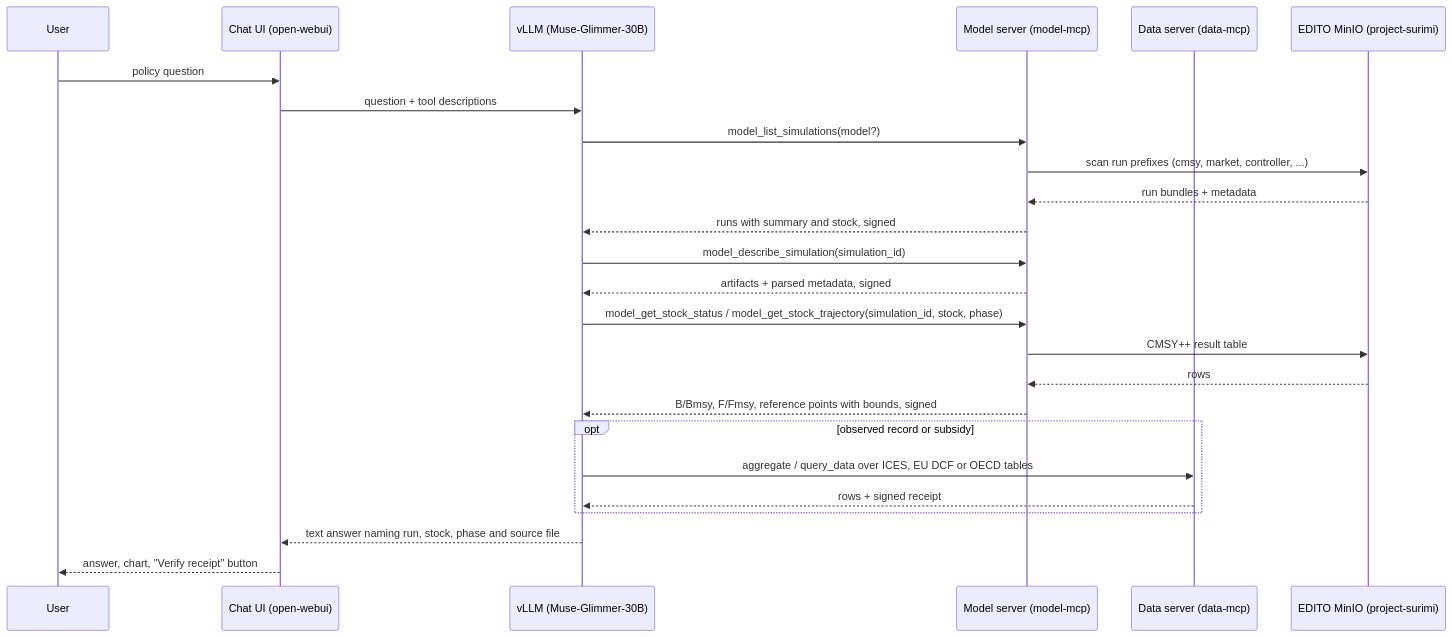
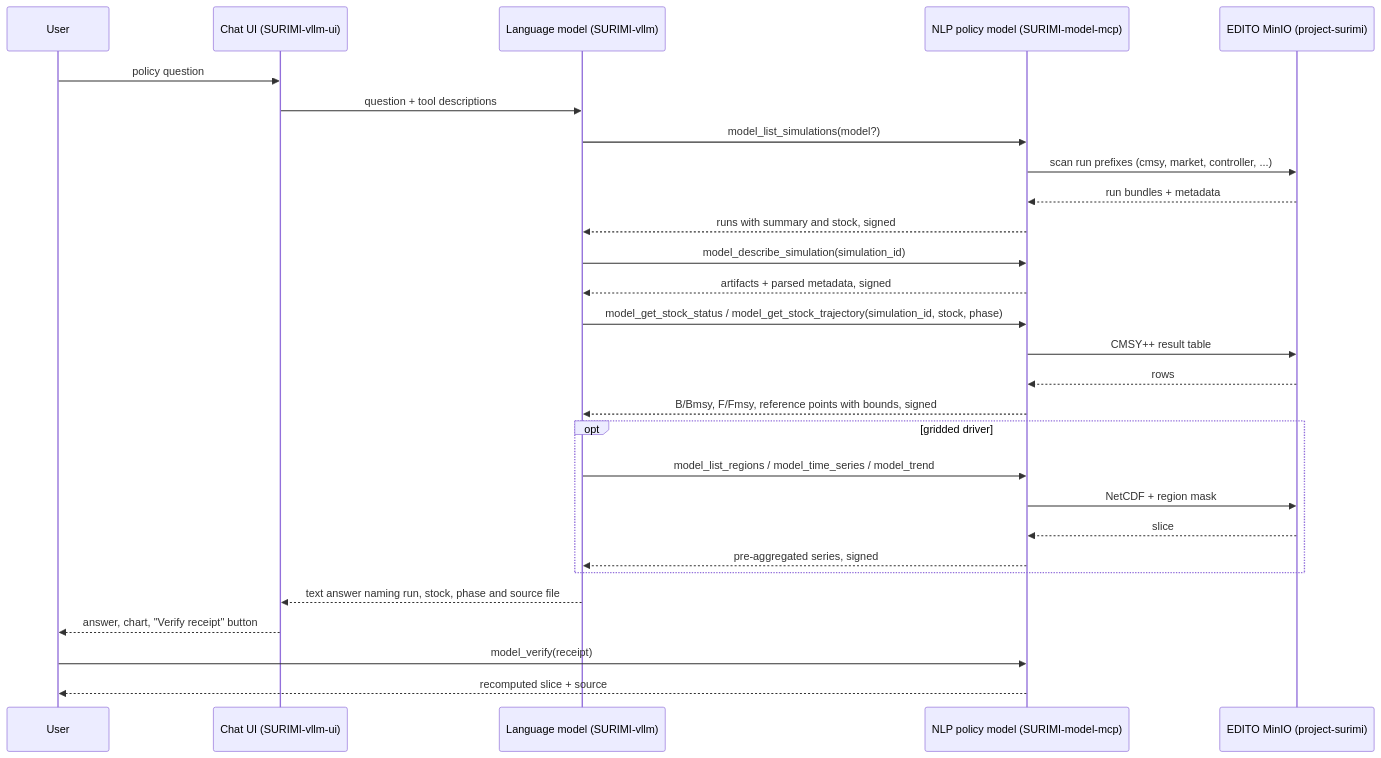
Before and after one commit to SURIMI-Project/SURIMI-project: the diagram in deliverables/D3.9 - NLP policy model/D3.9 - NLP policy model.md, drawn with Mermaid. The commit also changed other lines of this file and 1 other file, not shown here.

Commit message:
D3.7 and D3.9: purpose from the Grant Agreement; D3.7 = data server, D3.9 = model server

````diff
--- a/deliverables/D3.9 - NLP policy model/D3.9 - NLP policy model.md
+++ b/deliverables/D3.9 - NLP policy model/D3.9 - NLP policy model.md
@@ -52,28 +56,31 @@
 ```mermaid
 sequenceDiagram
     participant User as User
-    participant UI as Chat UI (open-webui)
-    participant LLM as vLLM (Muse-Glimmer-30B)
-    participant MODEL as Model server (model-mcp)
-    participant DATA as Data server (data-mcp)
+    participant UI as Chat UI (SURIMI-vllm-ui)
+    participant LLM as Language model (SURIMI-vllm)
+    participant MODEL as NLP policy model (SURIMI-model-mcp)
     participant S3 as EDITO MinIO (project-surimi)
 
     User ->> UI: policy question
     UI ->> LLM: question + tool descriptions
     LLM ->> MODEL: model_list_simulations(model?)
     MODEL ->> S3: scan run prefixes (cmsy, market, controller, ...)
     S3 -->> MODEL: run bundles + metadata
     MODEL -->> LLM: runs with summary and stock, signed
     LLM ->> MODEL: model_describe_simulation(simulation_id)
     MODEL -->> LLM: artifacts + parsed metadata, signed
     LLM ->> MODEL: model_get_stock_status / model_get_stock_trajectory(simulation_id, stock, phase)
     MODEL ->> S3: CMSY++ result table
     S3 -->> MODEL: rows
     MODEL -->> LLM: B/Bmsy, F/Fmsy, reference points with bounds, signed
-    opt observed record or subsidy
-        LLM ->> DATA: aggregate / query_data over ICES, EU DCF or OECD tables
-        DATA -->> LLM: rows + signed receipt
+    opt gridded driver
+        LLM ->> MODEL: model_list_regions / model_time_series / model_trend
+        MODEL ->> S3: NetCDF + region mask
+        S3 -->> MODEL: slice
+        MODEL -->> LLM: pre-aggregated series, signed
     end
     LLM -->> UI: text answer naming run, stock, phase and source file
     UI -->> User: answer, chart, "Verify receipt" button
+    User ->> MODEL: model_verify(receipt)
+    MODEL -->> User: recomputed slice + source
 ```
````
